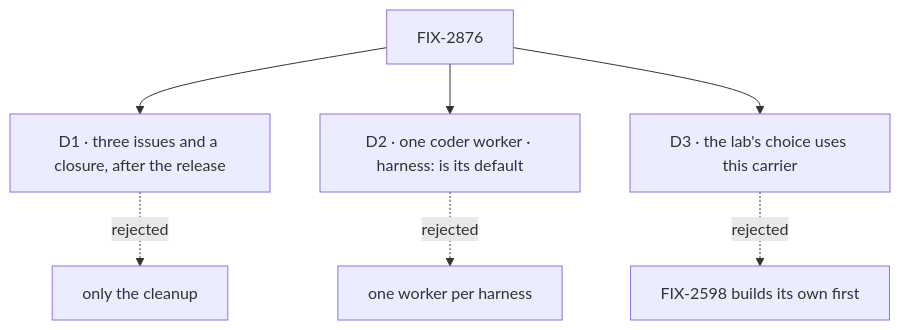
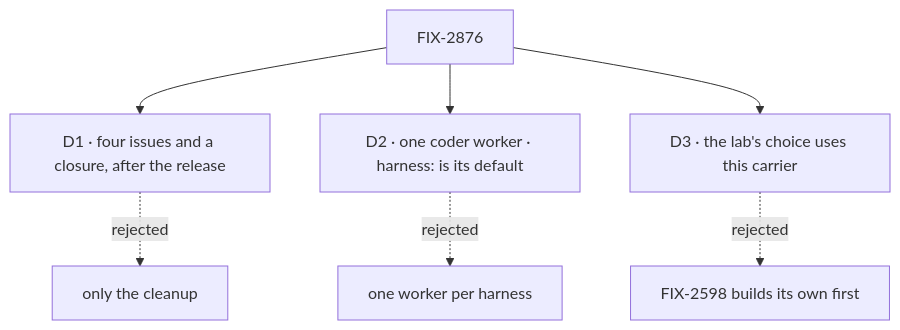
The diagram in specs/epics/FIX-2876/DECISIONS.md (fixpoint-labs/flow-state-dev), drawn with Mermaid before and after one commit. The commit also changed other lines of this file and 4 other files, not shown here.

````diff
--- a/specs/epics/FIX-2876/DECISIONS.md
+++ b/specs/epics/FIX-2876/DECISIONS.md
@@ -11,9 +13,9 @@
 ```mermaid
 flowchart TD
-  E["FIX-2876"] --> D1["D1 · three issues and a closure, after the release"]
+  E["FIX-2876"] --> D1["D1 · four issues and a closure, after the release"]
   D1 -.->|"rejected"| X1["only the cleanup"]
   E --> D2["D2 · one coder worker · harness: is its default"]
   D2 -.->|"rejected"| X2["one worker per harness"]
   E --> D3["D3 · the lab's choice uses this carrier"]
   D3 -.->|"rejected"| X3["FIX-2598 builds its own first"]
 ```
````
